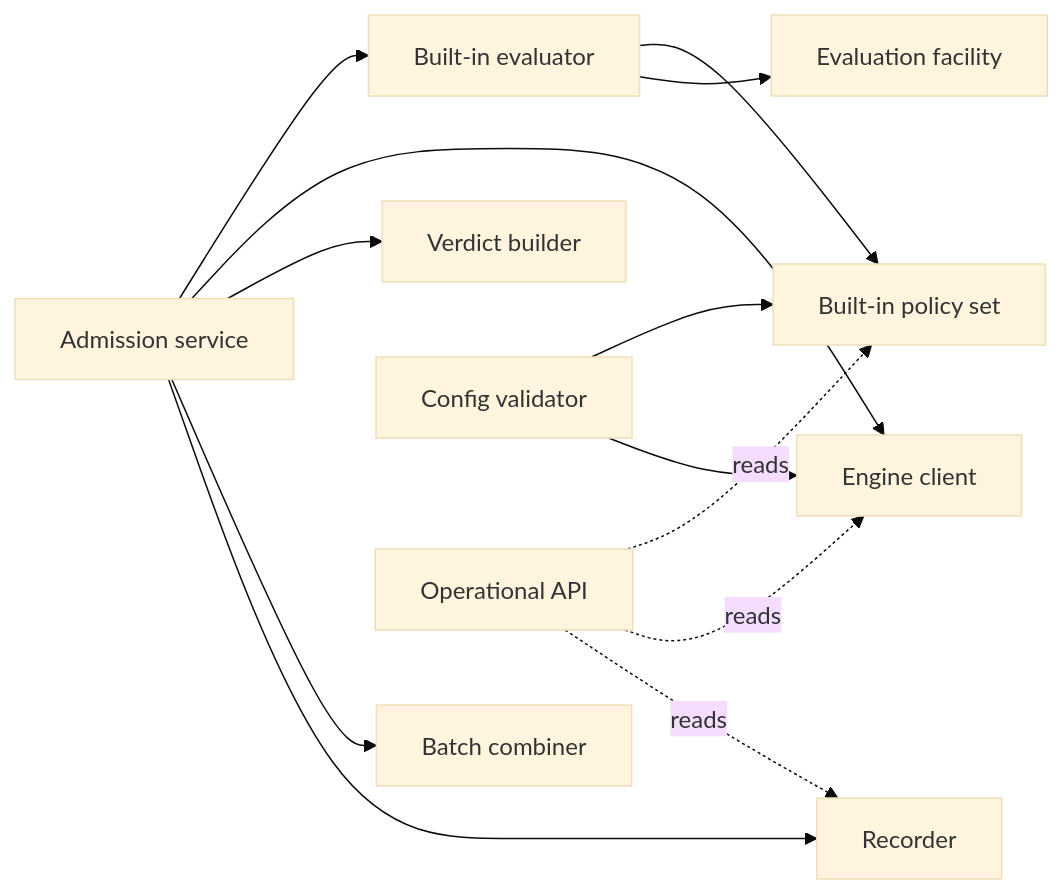
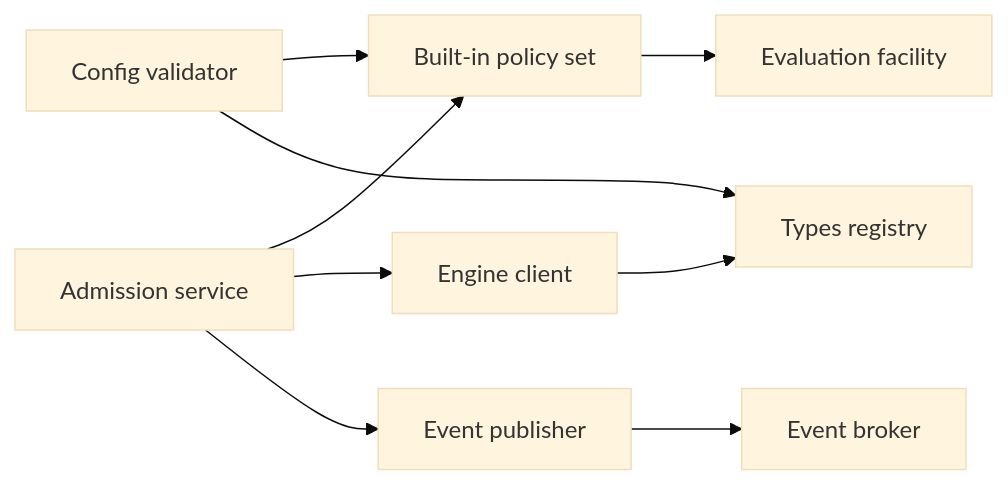
The first of 2 diagrams in gears/system/admission-control/docs/DESIGN.md (constructorfabric/gears-rust), drawn with Mermaid (base theme) before and after one commit. The commit also changed other lines of this file and 129 other files, not shown here.

Commit message:
feat: add the admission-control and policy-engine gears, backed by Rego evaluation

````diff
--- a/gears/system/admission-control/docs/DESIGN.md
+++ b/gears/system/admission-control/docs/DESIGN.md
@@ -257,15 +169,11 @@
 ```mermaid
 graph LR
-    AS[Admission service] --> BE[Built-in evaluator]
+    AS[Admission service] --> PS[Built-in policy set]
     AS --> EC[Engine client]
-    AS --> VB[Verdict builder]
-    AS --> BC[Batch combiner]
-    AS --> REC[Recorder]
-    BE --> PS[Built-in policy set]
-    BE --> EF[Evaluation facility]
+    AS --> EP[Event publisher]
+    PS --> EF[Evaluation facility]
     CV[Config validator] --> PS
-    CV --> EC
-    OA[Operational API] -.->|reads| PS
-    OA -.->|reads| EC
-    OA -.->|reads| REC
+    CV --> TR[Types registry]
+    EC --> TR
+    EP --> EB[Event broker]
 ```
````
